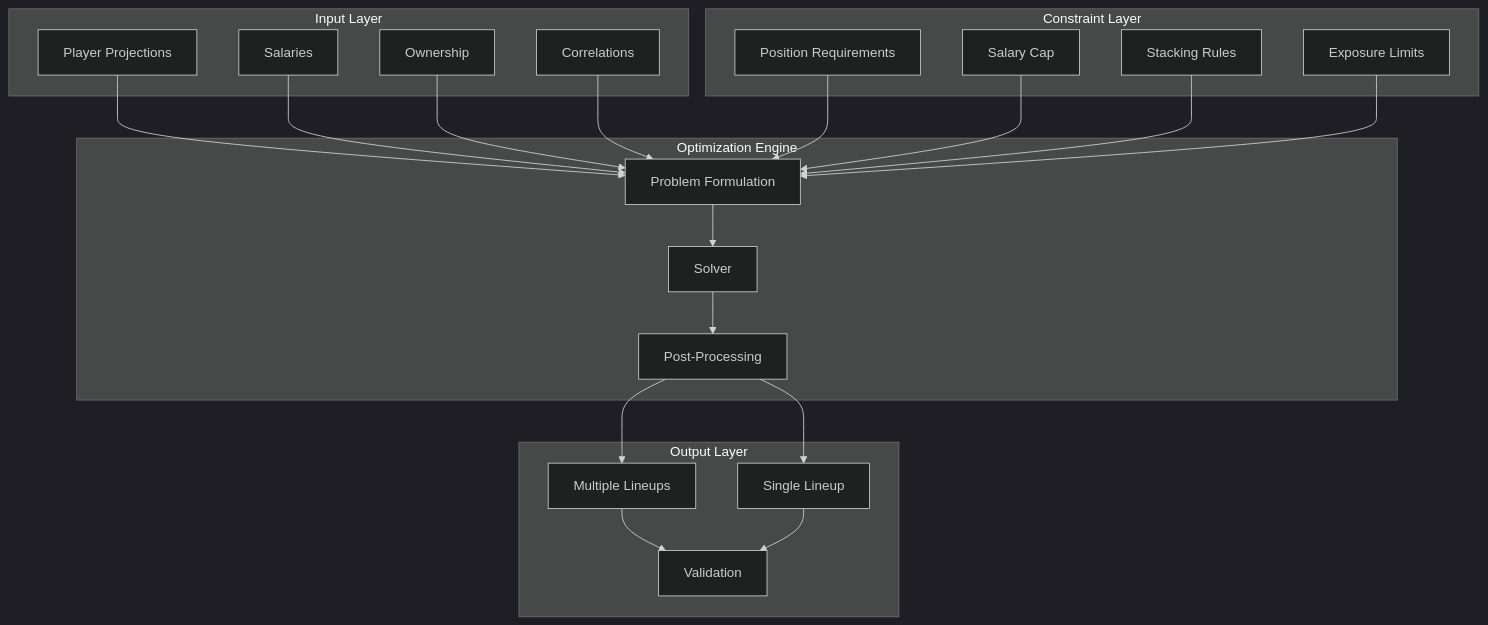
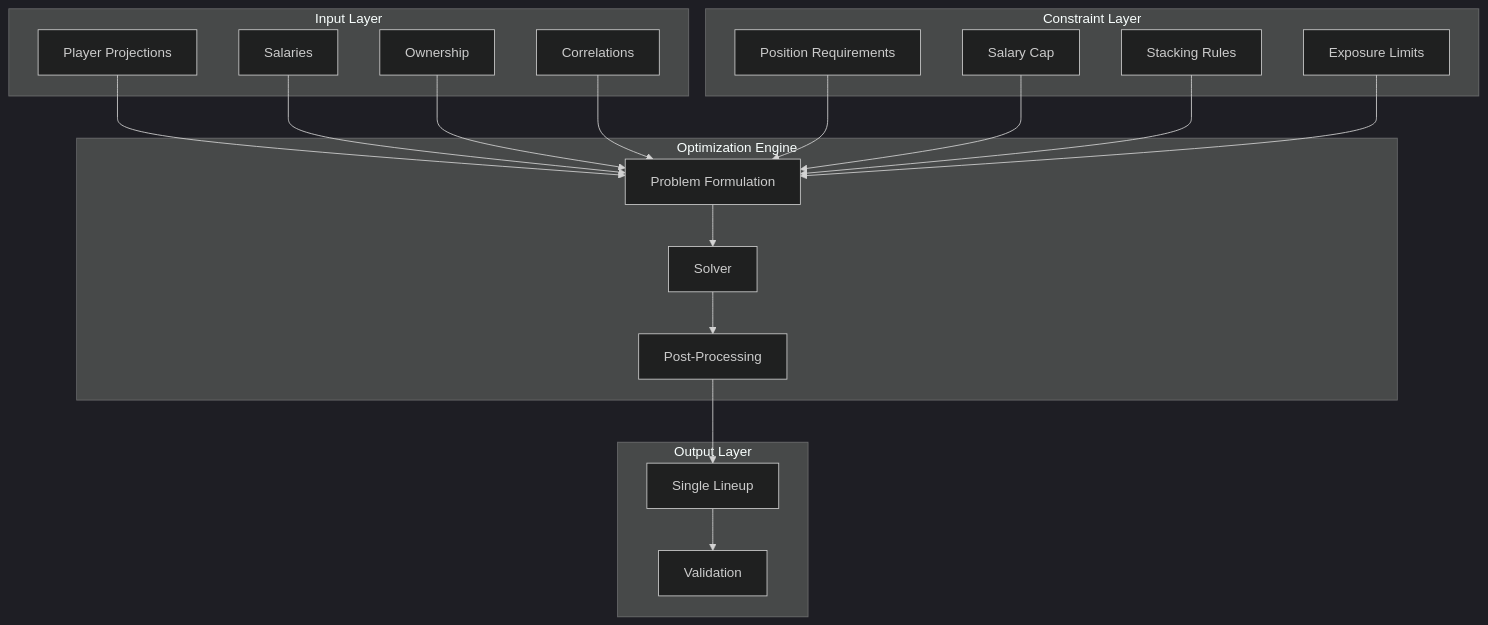
One commit to mawburn/fantasy-sports changed the diagram in docs/architecture/08-optimization-algorithms.md. Above: the diagram before and after it, drawn with Mermaid (dark theme). The commit also changed other lines of this file and 11 other files, not shown here.

````diff
--- a/docs/architecture/08-optimization-algorithms.md
+++ b/docs/architecture/08-optimization-algorithms.md
@@ -9,45 +9,42 @@
 ```mermaid
 graph TB
     subgraph "Input Layer"
         PROJ[Player Projections]
         SAL[Salaries]
         OWN[Ownership]
         CORR[Correlations]
     end
 
     subgraph "Constraint Layer"
         POS[Position Requirements]
         CAP[Salary Cap]
         STACK[Stacking Rules]
         EXP[Exposure Limits]
     end
 
     subgraph "Optimization Engine"
         FORM[Problem Formulation]
         SOLVE[Solver]
         POST[Post-Processing]
     end
 
     subgraph "Output Layer"
         SINGLE[Single Lineup]
-        MULTI[Multiple Lineups]
         VALID[Validation]
     end
 
     PROJ --> FORM
     SAL --> FORM
     OWN --> FORM
     CORR --> FORM
 
     POS --> FORM
     CAP --> FORM
     STACK --> FORM
     EXP --> FORM
 
     FORM --> SOLVE
     SOLVE --> POST
     POST --> SINGLE
-    POST --> MULTI
-    MULTI --> VALID
     SINGLE --> VALID
 ```
````
